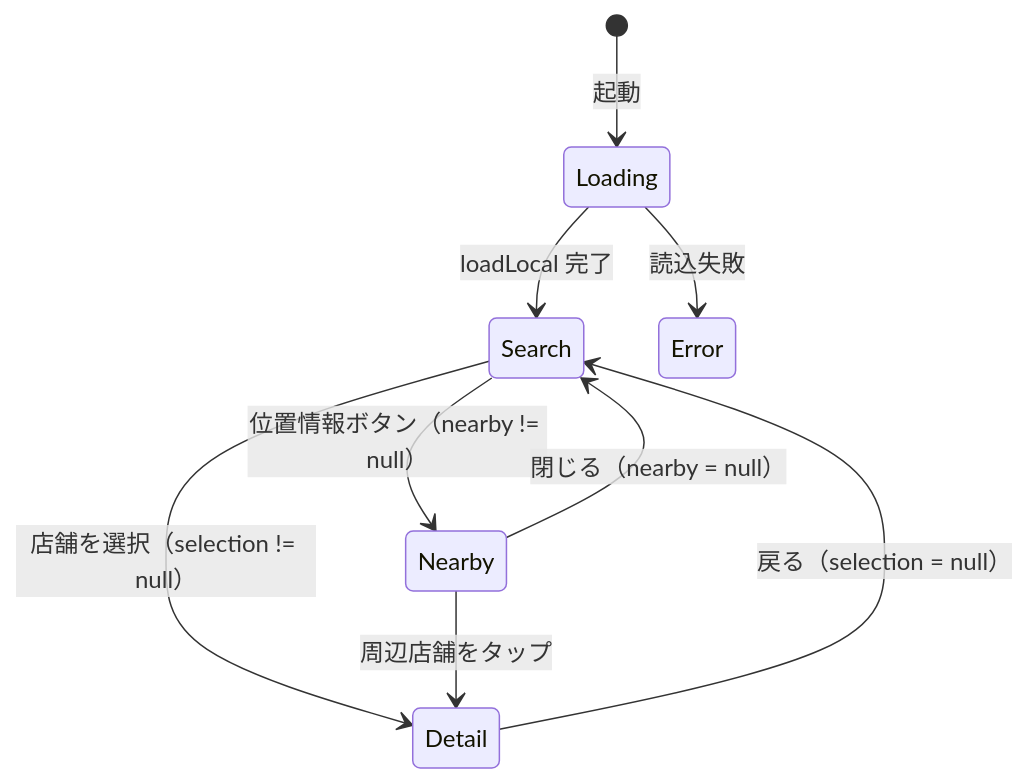
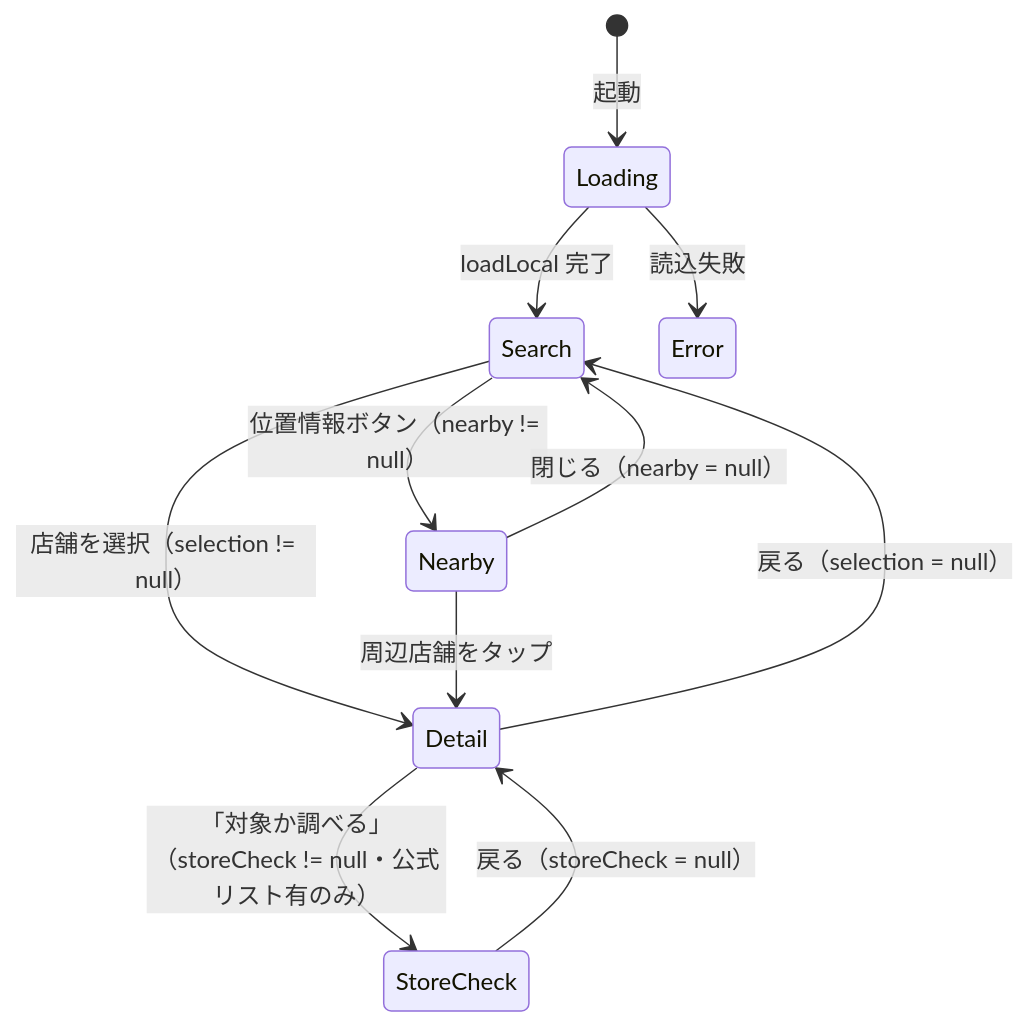
One commit to ktakjm/poikatsu changed the fifth of 6 diagrams in docs/code-guide.md. Above: the diagram before and after it, drawn with Mermaid. The commit also changed other lines of this file and 8 other files, not shown here.

````diff
--- a/docs/code-guide.md
+++ b/docs/code-guide.md
@@ -252,11 +262,13 @@
 ```mermaid
 stateDiagram-v2
     [*] --> Loading: 起動
     Loading --> Search: loadLocal 完了
     Loading --> Error: 読込失敗
     Search --> Detail: 店舗を選択（selection != null）
     Search --> Nearby: 位置情報ボタン（nearby != null）
     Nearby --> Detail: 周辺店舗をタップ
+    Detail --> StoreCheck: 「対象か調べる」（storeCheck != null・公式リスト有のみ）
+    StoreCheck --> Detail: 戻る（storeCheck = null）
     Detail --> Search: 戻る（selection = null）
     Nearby --> Search: 閉じる（nearby = null）
 ```
````
